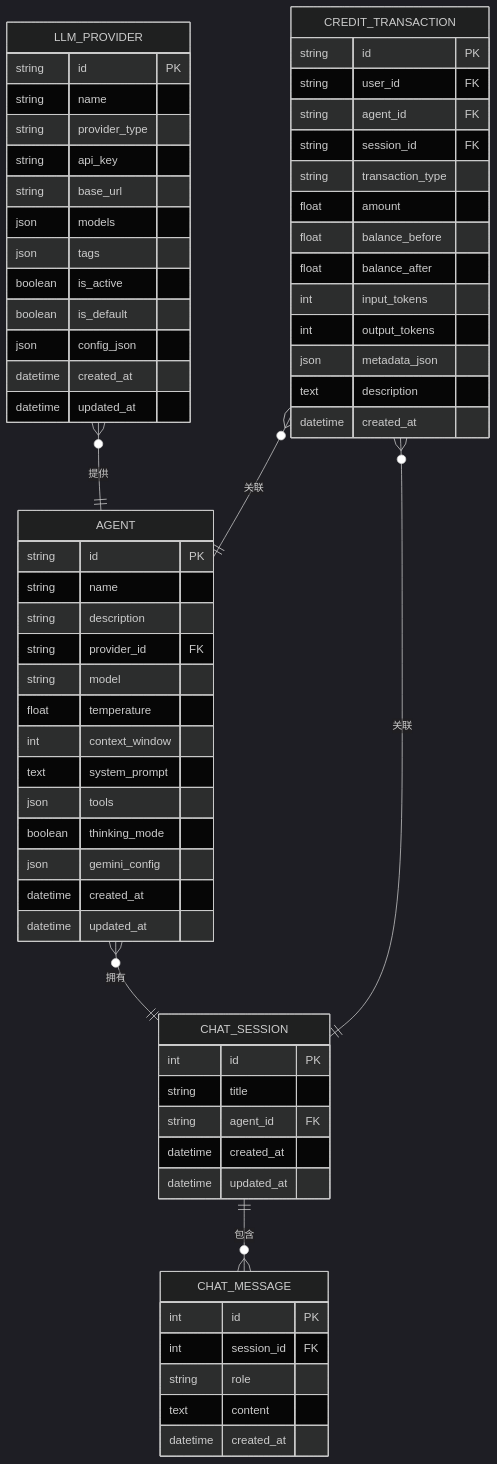
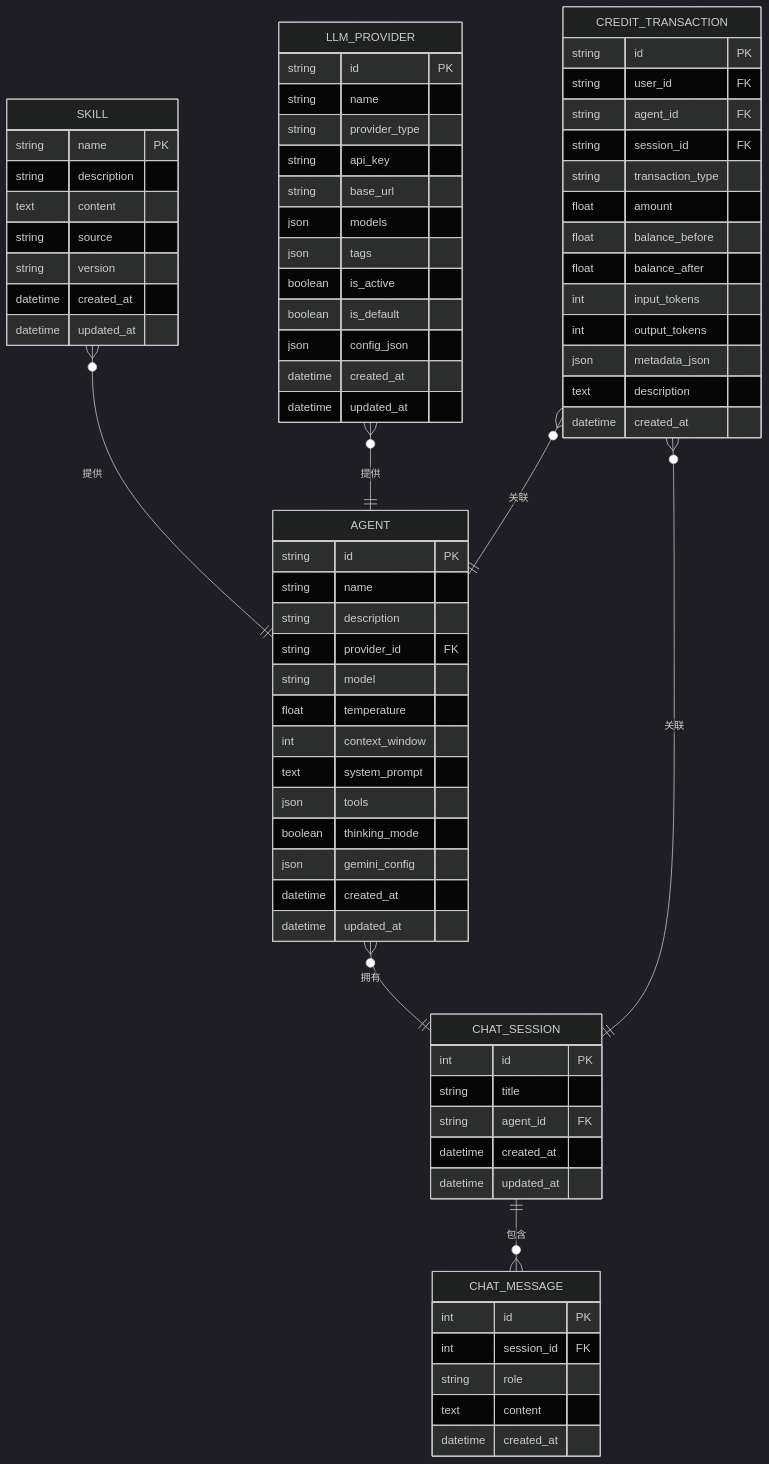
One commit to KunLabAI/KunFlix changed the seventh of 10 diagrams in .qoder/repowiki/zh/content/后端开发指南/API路由系统/聊天交互API.md. Above: the diagram before and after it, drawn with Mermaid (dark theme). The commit also changed other lines of this file and 11 other files, not shown here.

````diff
--- a/.qoder/repowiki/zh/content/后端开发指南/API路由系统/聊天交互API.md
+++ b/.qoder/repowiki/zh/content/后端开发指南/API路由系统/聊天交互API.md
@@ -235,66 +340,76 @@
 ```mermaid
 erDiagram
 CHAT_SESSION {
 int id PK
 string title
 string agent_id FK
 datetime created_at
 datetime updated_at
 }
 CHAT_MESSAGE {
 int id PK
 int session_id FK
 string role
 text content
 datetime created_at
 }
 AGENT {
 string id PK
 string name
 string description
 string provider_id FK
 string model
 float temperature
 int context_window
 text system_prompt
 json tools
 boolean thinking_mode
 json gemini_config
+datetime created_at
+datetime updated_at
+}
+SKILL {
+string name PK
+string description
+text content
+string source
+string version
 datetime created_at
 datetime updated_at
 }
 LLM_PROVIDER {
 string id PK
 string name
 string provider_type
 string api_key
 string base_url
 json models
 json tags
 boolean is_active
 boolean is_default
 json config_json
 datetime created_at
 datetime updated_at
 }
 CREDIT_TRANSACTION {
 string id PK
 string user_id FK
 string agent_id FK
 string session_id FK
 string transaction_type
 float amount
 float balance_before
 float balance_after
 int input_tokens
 int output_tokens
 json metadata_json
 text description
 datetime created_at
 }
 CHAT_SESSION ||--o{ CHAT_MESSAGE : "包含"
 AGENT }o--|| CHAT_SESSION : "拥有"
+SKILL }o--|| AGENT : "提供"
 LLM_PROVIDER }o--|| AGENT : "提供"
 CREDIT_TRANSACTION }o--|| AGENT : "关联"
 CREDIT_TRANSACTION }o--|| CHAT_SESSION : "关联"
 ```
````
